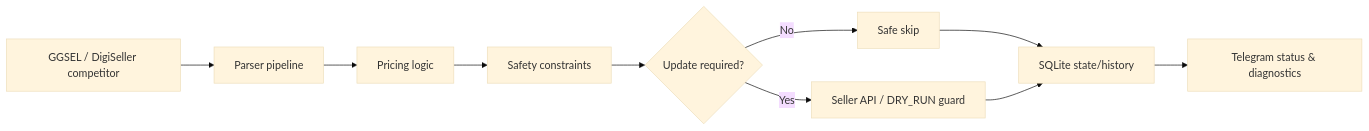
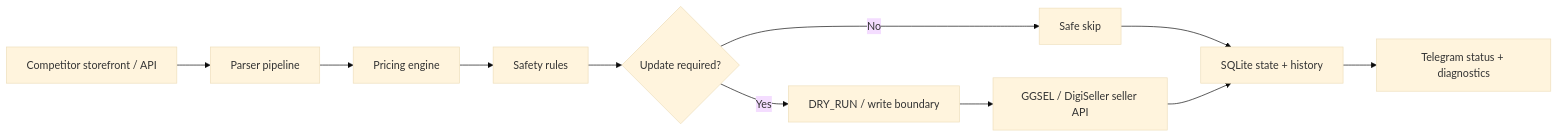
Before and after one commit to Urushihara24/monitoring-bot: the diagram in README.md, drawn with Mermaid (base theme). The commit also changed other lines of this file, not shown here.

````diff
--- a/README.md
+++ b/README.md
@@ -63,12 +75,13 @@
 ```mermaid
 flowchart LR
-    A[GGSEL / DigiSeller competitor] --> B[Parser pipeline]
-    B --> C[Pricing logic]
-    C --> D[Safety constraints]
+    A[Competitor storefront / API] --> B[Parser pipeline]
+    B --> C[Pricing engine]
+    C --> D[Safety rules]
     D --> E{Update required?}
     E -- No --> F[Safe skip]
-    E -- Yes --> G[Seller API / DRY_RUN guard]
-    F --> H[SQLite state/history]
-    G --> H
-    H --> I[Telegram status & diagnostics]
+    E -- Yes --> G[DRY_RUN / write boundary]
+    G --> H[GGSEL / DigiSeller seller API]
+    F --> I[SQLite state + history]
+    H --> I
+    I --> J[Telegram status + diagnostics]
 ```
````
